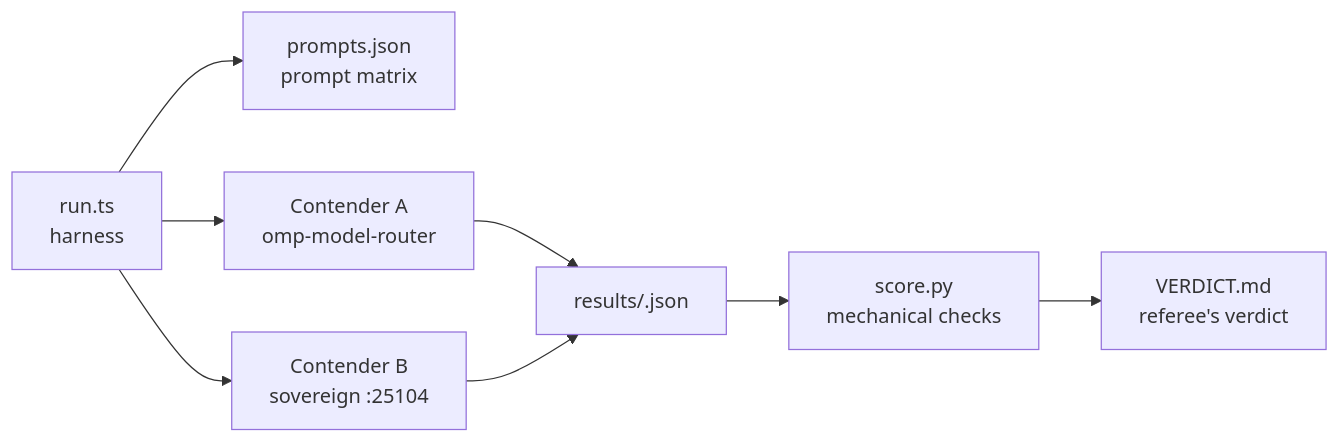
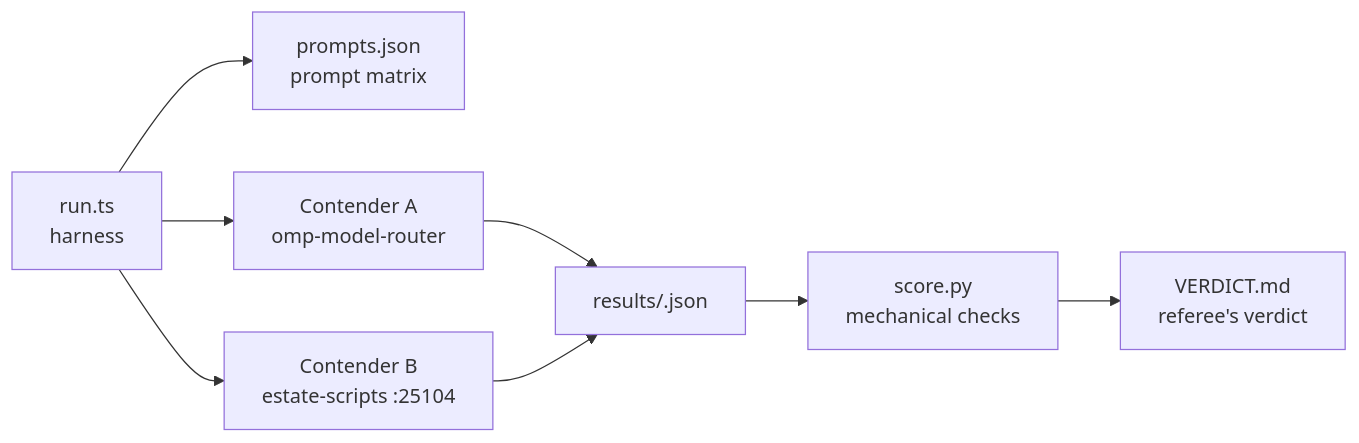
The diagram in routing/bench/README.md (toxicwind/ranch), drawn with Mermaid before and after one commit. The commit also changed other lines of this file and 633 other files, not shown here.

````diff
--- a/routing/bench/README.md
+++ b/routing/bench/README.md
@@ -21,10 +21,10 @@
 ```mermaid
 flowchart LR
     run[run.ts<br/>harness] --> prompts[prompts.json<br/>prompt matrix]
     run --> A[Contender A<br/>omp-model-router]
-    run --> B[Contender B<br/>sovereign :25104]
+    run --> B[Contender B<br/>estate-scripts :25104]
     A --> res[results/<stamp>.json]
     B --> res
     res --> score[score.py<br/>mechanical checks]
     score --> verdict[VERDICT.md<br/>referee's verdict]
 ```
````
